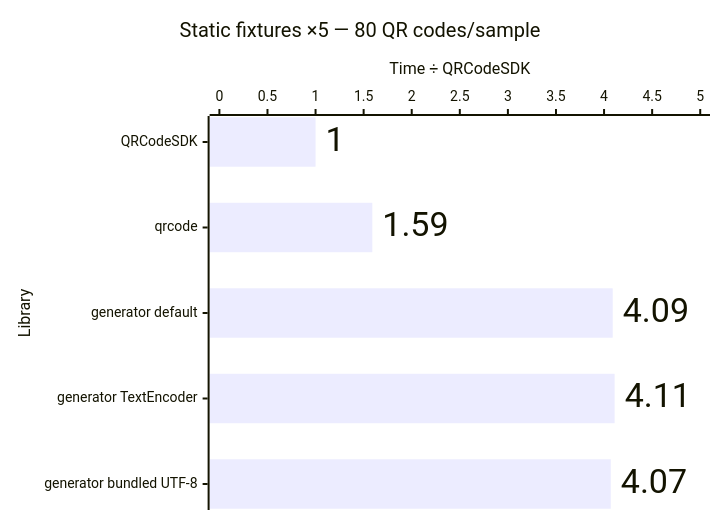
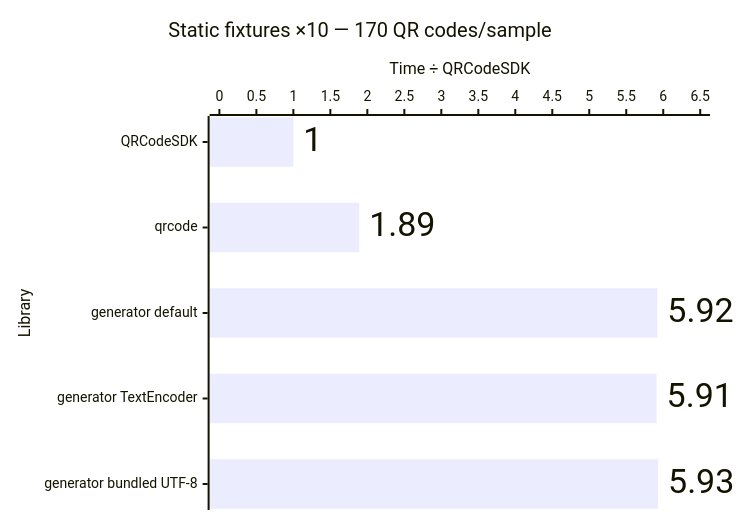
One commit to Dafnik/qrcodesdk changed the second of 11 diagrams in apps/docs/src/content/docs/learn/performance.md. Above: the diagram before and after it, drawn with Mermaid. The commit also changed other lines of this file and 23 other files, not shown here.

````diff
--- a/apps/docs/src/content/docs/learn/performance.md
+++ b/apps/docs/src/content/docs/learn/performance.md
@@ -42,15 +42,15 @@
 ```mermaid
 ---
 config:
   xyChart:
     showDataLabel: true
     showDataLabelOutsideBar: true
 ---
 xychart horizontal
-  accTitle: Matrix generation: Static fixtures ×5 — 80 QR codes/sample
-  accDescr: Relative median time compared with QRCodeSDK. QRCodeSDK 1.00 times, qrcode 1.59 times, generator default 4.09 times, generator TextEncoder 4.11 times, generator bundled UTF-8 4.07 times. Lower is better.
-  title "Static fixtures ×5 — 80 QR codes/sample"
+  accTitle: Matrix generation: Static fixtures ×10 — 170 QR codes/sample
+  accDescr: Relative median time compared with QRCodeSDK. QRCodeSDK 1.00 times, qrcode 1.89 times, generator default 5.92 times, generator TextEncoder 5.91 times, generator bundled UTF-8 5.93 times. Lower is better.
+  title "Static fixtures ×10 — 170 QR codes/sample"
   x-axis "Library" ["QRCodeSDK", "qrcode", "generator default", "generator TextEncoder", "generator bundled UTF-8"]
-  y-axis "Time ÷ QRCodeSDK" 0 --> 5.0
-  bar [1.00, 1.59, 4.09, 4.11, 4.07]
+  y-axis "Time ÷ QRCodeSDK" 0 --> 6.5
+  bar [1.00, 1.89, 5.92, 5.91, 5.93]
 ```
````
